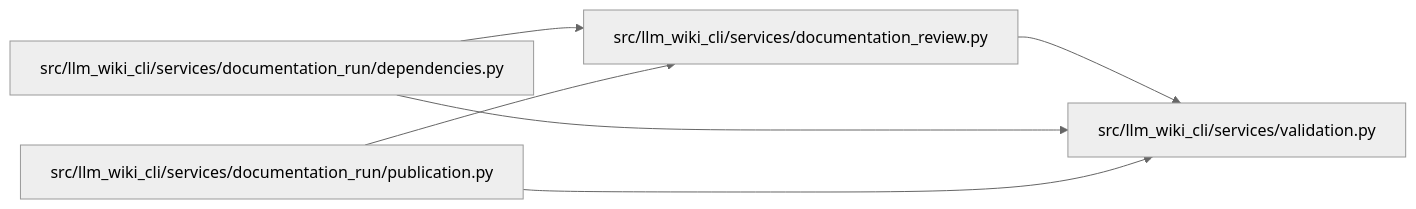
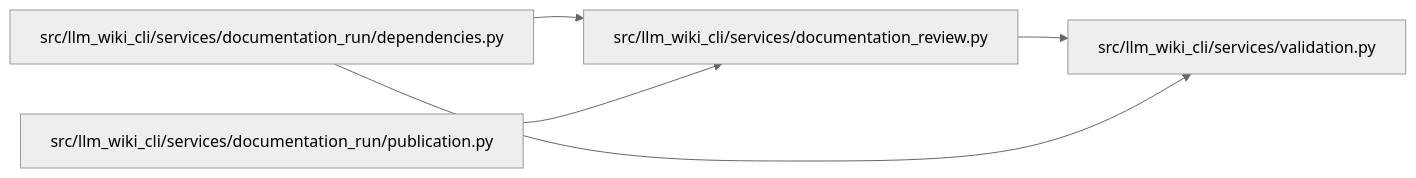
Before and after one commit to Denissvgn/python-wiki-llm: the diagram in docs/llm_wiki/modules/documentation_review.md, drawn with Mermaid (neutral theme). The commit also changed 219 other files, not shown here.

````diff
--- a/docs/llm_wiki/modules/documentation_review.md
+++ b/docs/llm_wiki/modules/documentation_review.md
@@ -34,16 +34,15 @@
 ```mermaid
 flowchart LR
     n0["src/llm_wiki_cli/services/documentation_review.py"]
     n1["src/llm_wiki_cli/services/documentation_run/dependencies.py"]
     n2["src/llm_wiki_cli/services/documentation_run/publication.py"]
     n3["src/llm_wiki_cli/services/validation.py"]
     n0 --> n3
     n1 --> n0
     n1 --> n3
     n2 --> n0
-    n2 --> n3
     click n0 "../modules/documentation_review.md"
     click n1 "../modules/documentation_run_dependencies.md"
     click n2 "../modules/publication.md"
     click n3 "../modules/validation.md"
 ```
````
